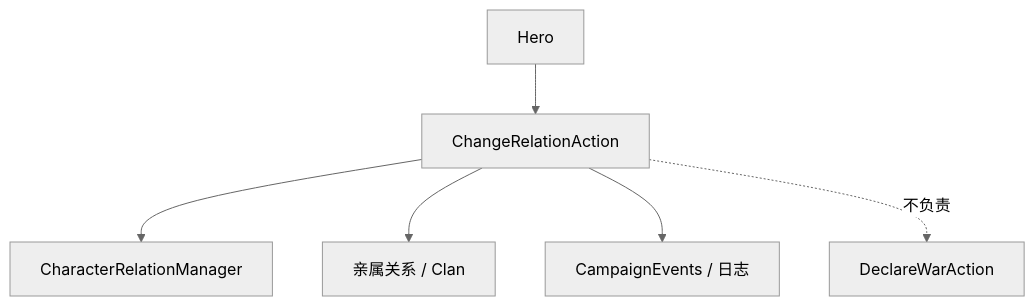
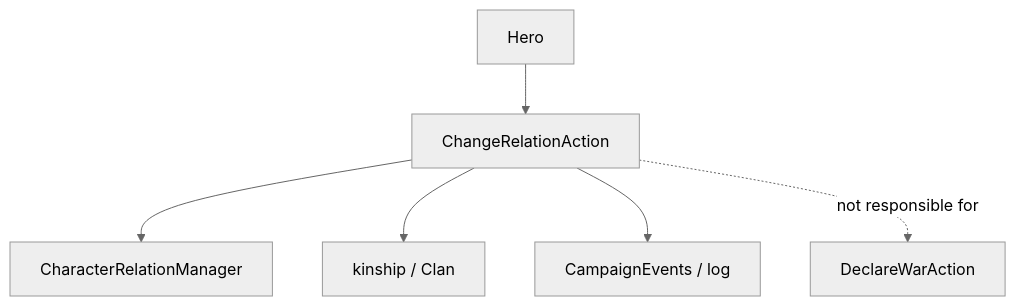
The diagram in content/v1.4.5/en/api/campaign-ext/ChangeRelationAction.md (BannerlordCode/BannerlordCode.github.io), drawn with Mermaid (neutral theme) before and after one commit. The commit also changed 132 other files, not shown here.

````diff
--- a/content/v1.4.5/en/api/campaign-ext/ChangeRelationAction.md
+++ b/content/v1.4.5/en/api/campaign-ext/ChangeRelationAction.md
@@ -29,8 +29,8 @@
 ```mermaid
 graph TD
     HERO[Hero] --> ACTION[ChangeRelationAction]
     ACTION --> REL[CharacterRelationManager]
-    ACTION --> FAMILY[亲属关系 / Clan]
-    ACTION --> EVENTS[CampaignEvents / 日志]
-    ACTION -. 不负责 .-> WAR[DeclareWarAction]
+    ACTION --> FAMILY[kinship / Clan]
+    ACTION --> EVENTS[CampaignEvents / log]
+    ACTION -. not responsible for .-> WAR[DeclareWarAction]
 ```
````
